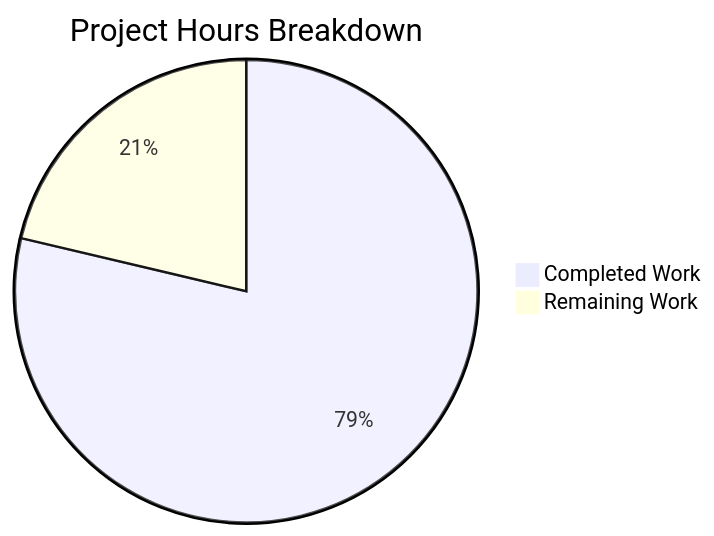
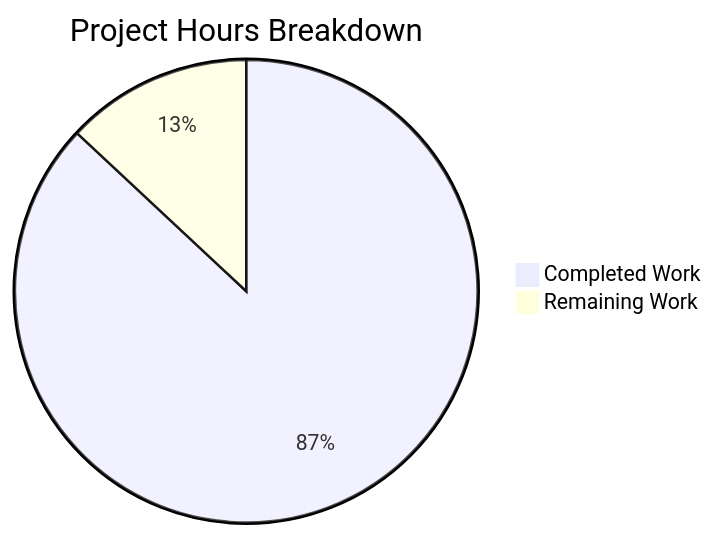
One commit to lakshya-blitzy/Dec_repo_with_valid_mul_files changed the diagram in blitzy/documentation/Project Guide.md. Above: the diagram before and after it, drawn with Mermaid. The commit also changed other lines of this file, not shown here.

Commit message:
Adding Blitzy Project Guide: Project Status and Human Tasks Remaining

````diff
--- a/blitzy/documentation/Project Guide.md
+++ b/blitzy/documentation/Project Guide.md
@@ -67,5 +28,5 @@
 ```mermaid
 pie title Project Hours Breakdown
-    "Completed Work" : 48
-    "Remaining Work" : 13
+    "Completed Work" : 20
+    "Remaining Work" : 3
 ```
````
